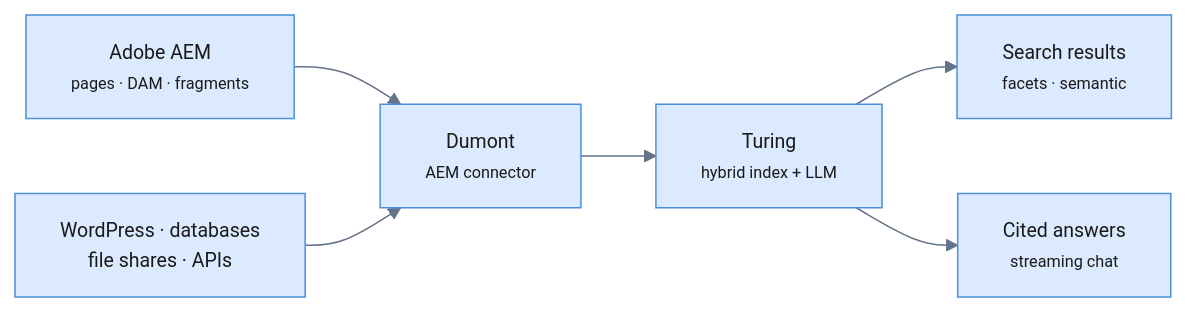
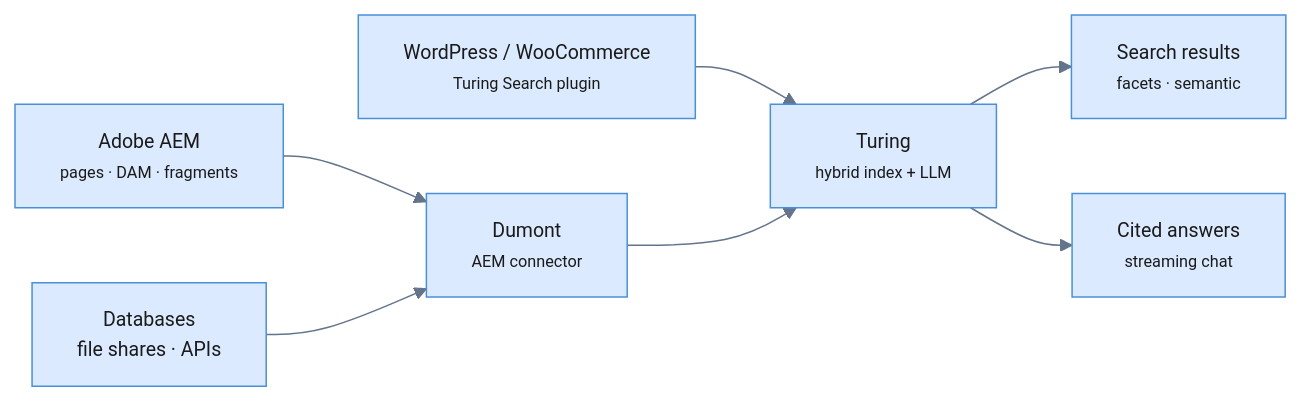
The diagram in content/blog/diagrams/turing-aem-search.mmd (openviglet/site), drawn with Mermaid before and after one commit. The commit also changed 24 other files, not shown here.

First line of the commit message:
fix(content): attribute WordPress to Turing, T1266 and W59 filed (W58)

```diff
--- a/content/blog/diagrams/turing-aem-search.mmd
+++ b/content/blog/diagrams/turing-aem-search.mmd
@@ -1,10 +1,11 @@
 %%{init: {'theme': 'base', 'themeVariables': {'fontSize': '13px', 'lineColor': '#64748b'}}}%%
 flowchart LR
     AEM["Adobe AEM<br/><small>pages · DAM · fragments</small>"] --> DEP["Dumont<br/><small>AEM connector</small>"]
-    OTHER["WordPress · databases<br/>file shares · APIs"] --> DEP
+    OTHER["Databases<br/>file shares · APIs"] --> DEP
+    WP["WordPress / WooCommerce<br/><small>Turing Search plugin</small>"] --> TUR
     DEP --> TUR["Turing<br/><small>hybrid index + LLM</small>"]
     TUR --> SEARCH["Search results<br/><small>facets · semantic</small>"]
     TUR --> CHAT["Cited answers<br/><small>streaming chat</small>"]
 
     classDef b fill:#dbeafe,stroke:#4A90D9,color:#1a1a1a;
-    class AEM,OTHER,DEP,TUR,SEARCH,CHAT b;
+    class AEM,OTHER,WP,DEP,TUR,SEARCH,CHAT b;
```
